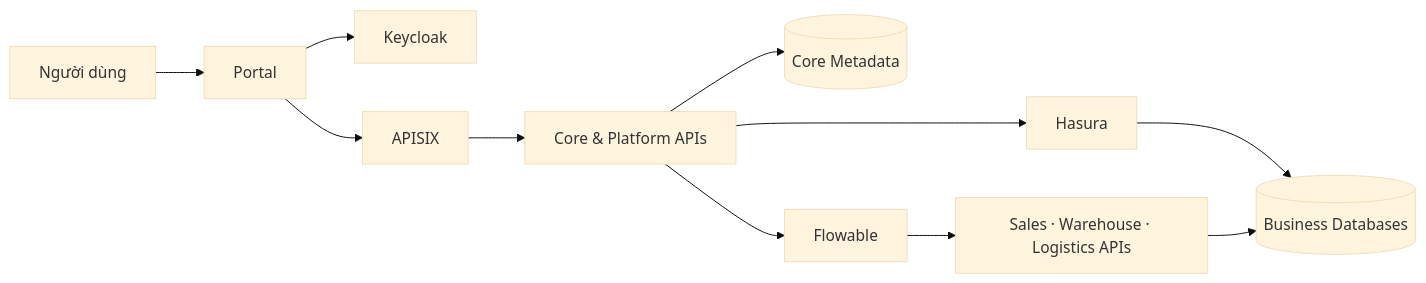
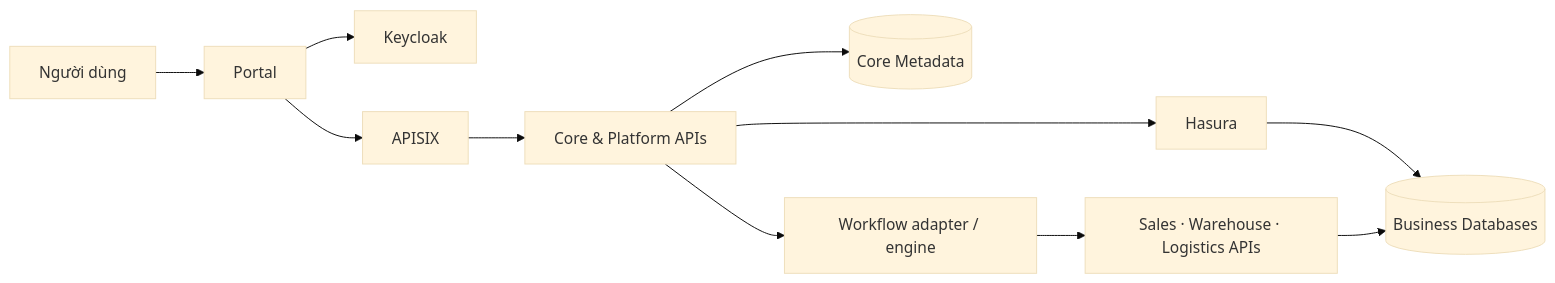
The diagram in README.md (hoanganh-ktpm/FlowBridge), drawn with Mermaid (base theme) before and after one commit. The commit also changed other lines of this file and 17 other files, not shown here.

````diff
--- a/README.md
+++ b/README.md
@@ -45,13 +45,13 @@
 ```mermaid
 flowchart LR
     User[Người dùng] --> Portal[Portal]
     Portal --> IAM[Keycloak]
     Portal --> Gateway[APISIX]
     Gateway --> Backend[Core & Platform APIs]
     Backend --> Metadata[(Core Metadata)]
     Backend --> Hasura[Hasura]
-    Backend --> Flowable[Flowable]
+    Backend --> Workflow[Workflow adapter / engine]
     Hasura --> DomainDB[(Business Databases)]
-    Flowable --> APIs[Sales · Warehouse · Logistics APIs]
+    Workflow --> APIs[Sales · Warehouse · Logistics APIs]
     APIs --> DomainDB
 ```
````
